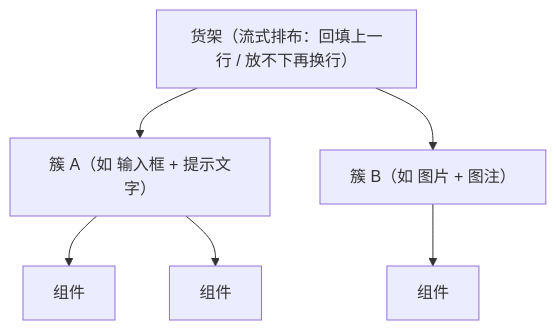
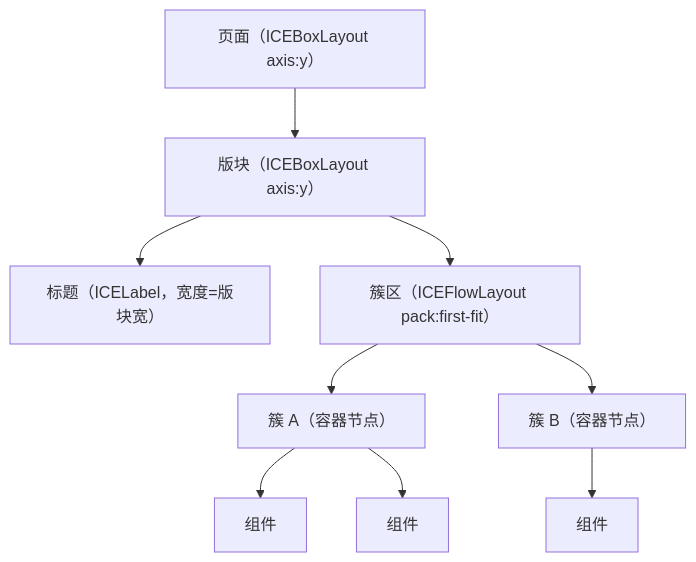
The second of 2 diagrams in docs/guides/layout.md (ice-render/ice-web-components), drawn with Mermaid before and after one commit. The commit also changed other lines of this file and 2 other files, not shown here.

First line of the commit message:
docs(layout): 「簇 + 货架」一节改为引擎布局器版（含示例骨架与引用修正）

````diff
--- a/docs/guides/layout.md
+++ b/docs/guides/layout.md
@@ -141,13 +146,11 @@
 ```mermaid
 flowchart TD
-  Shelf["货架（流式排布：回填上一行 / 放不下再换行）"]
-  CA["簇 A（如 输入框 + 提示文字）"]
-  CB["簇 B（如 图片 + 图注）"]
-  CA1["组件"]
-  CA2["组件"]
-  CB1["组件"]
-  Shelf --> CA & CB
-  CA --> CA1 & CA2
-  CB --> CB1
-  %% 簇内保持相对位置（整体平移）；簇间按货架排布
+  Page["页面（ICEBoxLayout axis:y）"] --> SecA["版块（ICEBoxLayout axis:y）"]
+  SecA --> Title["标题（ICELabel，宽度=版块宽）"]
+  SecA --> Area["簇区（ICEFlowLayout pack:first-fit）"]
+  Area --> CA["簇 A（容器节点）"]
+  Area --> CB["簇 B（容器节点）"]
+  CA --> CA1["组件"]
+  CA --> CA2["组件"]
+  CB --> CB1["组件"]
 ```
````
